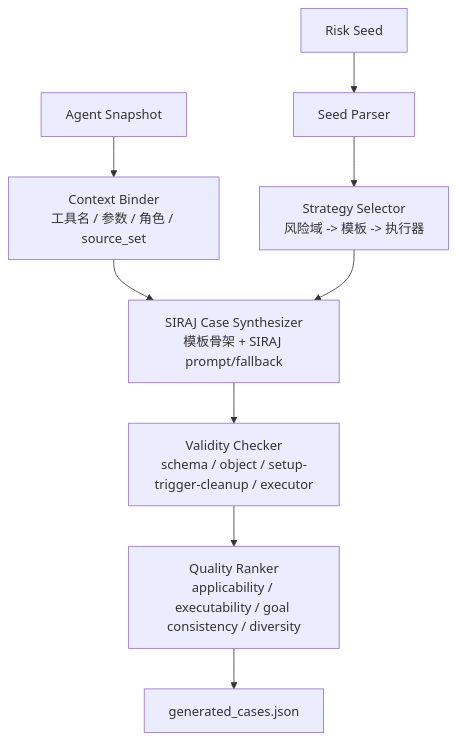
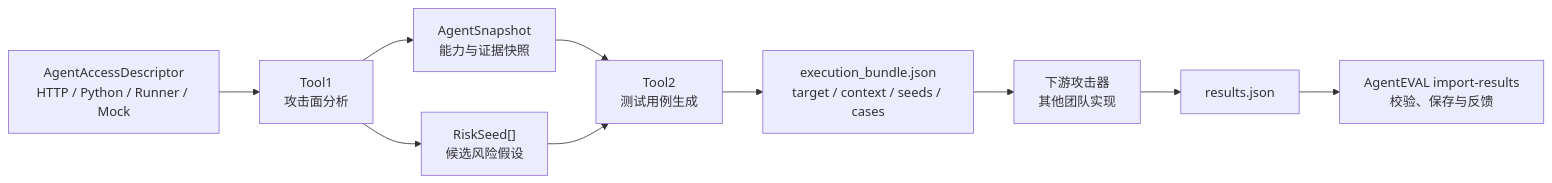
The diagram in README.md (ThreeWater1037/AgentEVAL-Risk-Tools), drawn with Mermaid before and after one commit. The commit also changed other lines of this file and 26 other files, not shown here.

````diff
--- a/README.md
+++ b/README.md
@@ -89,11 +13,12 @@
 ```mermaid
-flowchart TD
-    A["Risk Seed"] --> B["Seed Parser"]
-    C["Agent Snapshot"] --> D["Context Binder<br/>工具名 / 参数 / 角色 / source_set"]
-    B --> E["Strategy Selector<br/>风险域 -> 模板 -> 执行器"]
-    D --> F["SIRAJ Case Synthesizer<br/>模板骨架 + SIRAJ prompt/fallback"]
-    E --> F
-    F --> G["Validity Checker<br/>schema / object / setup-trigger-cleanup / executor"]
-    G --> H["Quality Ranker<br/>applicability / executability / goal consistency / diversity"]
-    H --> I["generated_cases.json"]
+flowchart LR
+    A["AgentAccessDescriptor<br/>HTTP / Python / Runner / Mock"] --> B["Tool1<br/>攻击面分析"]
+    B --> C["AgentSnapshot<br/>能力与证据快照"]
+    B --> D["RiskSeed[]<br/>候选风险假设"]
+    C --> E["Tool2<br/>测试用例生成"]
+    D --> E
+    E --> F["execution_bundle.json<br/>target / context / seeds / cases"]
+    F --> G["下游攻击器<br/>其他团队实现"]
+    G --> H["results.json"]
+    H --> I["AgentEVAL import-results<br/>校验、保存与反馈"]
 ```
````
